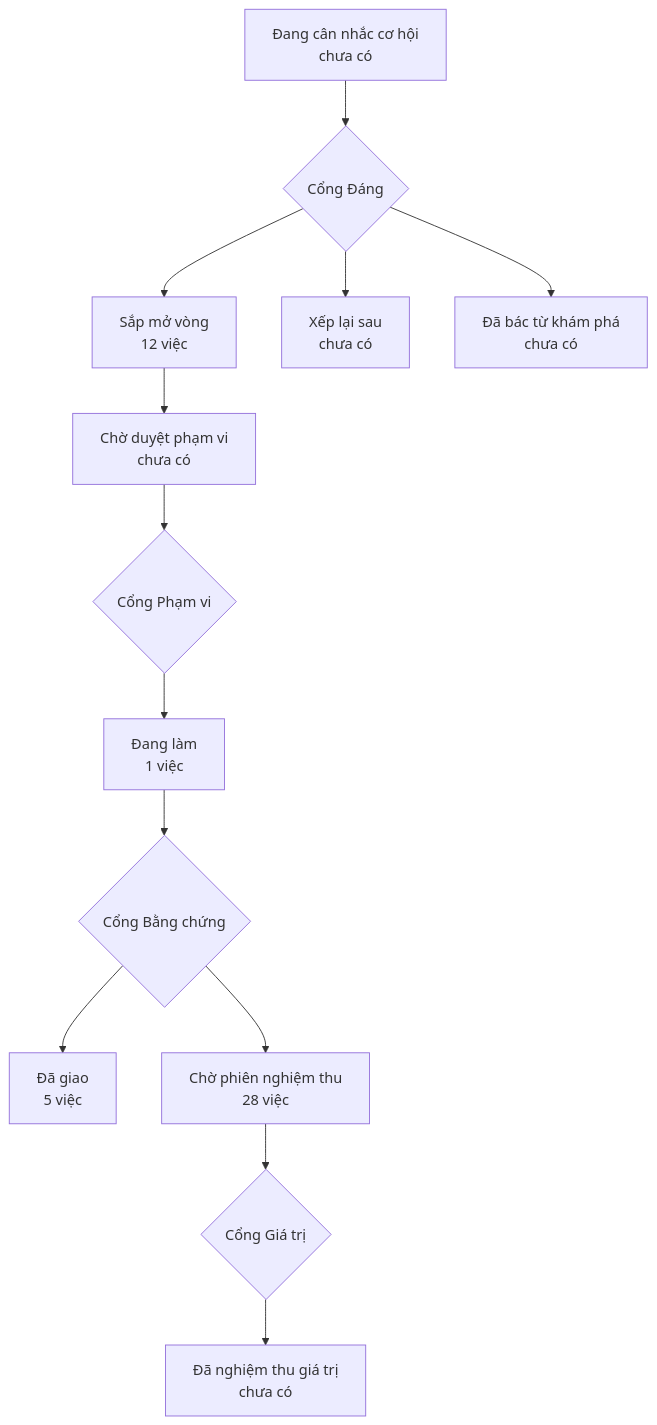
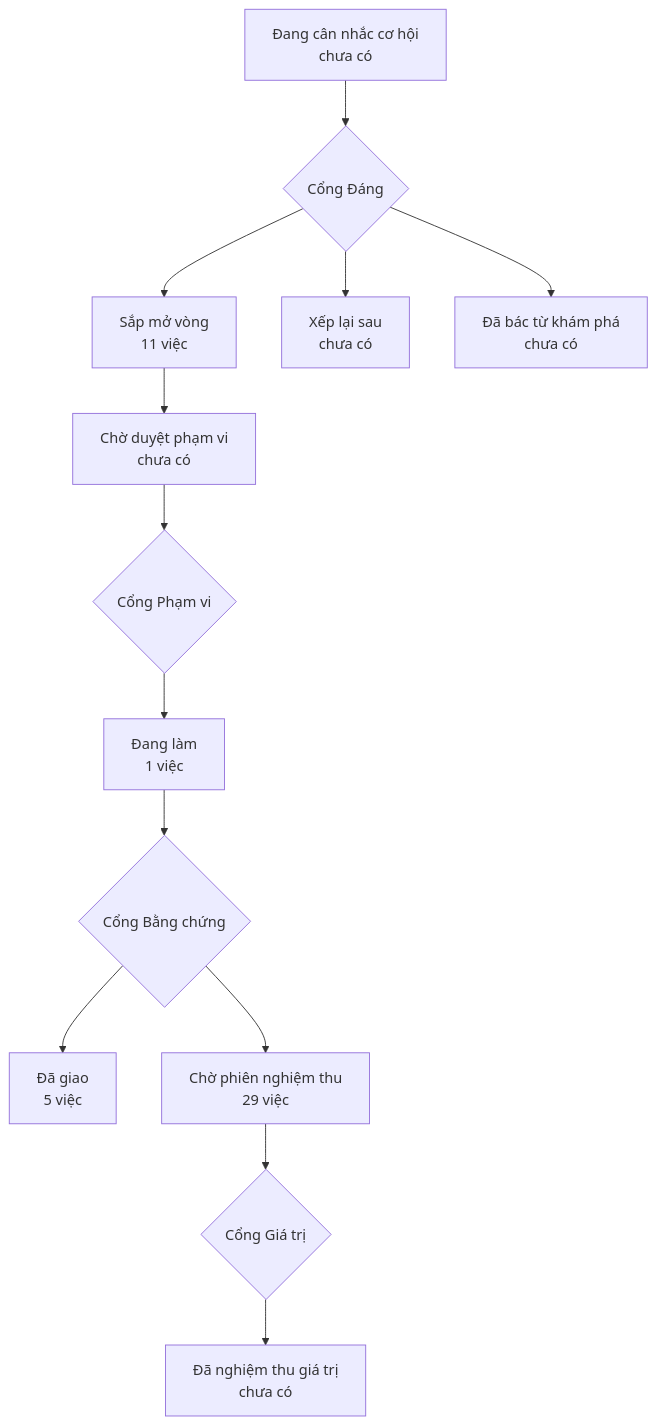
The diagram in PRODUCT-MAP.md (phanlemanh/onehub-quy-hang), drawn with Mermaid before and after one commit. The commit also changed 1 other file, not shown here.

Commit message:
chore: vẽ lại bản đồ sau khi gộp main

````diff
--- a/PRODUCT-MAP.md
+++ b/PRODUCT-MAP.md
@@ -7,12 +7,12 @@
 ```mermaid
 flowchart TD
   A["Đang cân nhắc cơ hội<br/>chưa có"] --> GD{"Cổng Đáng"}
-  GD --> B["Sắp mở vòng<br/>12 việc"]
+  GD --> B["Sắp mở vòng<br/>11 việc"]
   GD --> XL["Xếp lại sau<br/>chưa có"]
   GD --> DB["Đã bác từ khám phá<br/>chưa có"]
   B --> CD["Chờ duyệt phạm vi<br/>chưa có"] --> GP{"Cổng Phạm vi"}
   GP --> DL["Đang làm<br/>1 việc"] --> GB{"Cổng Bằng chứng"}
   GB --> DG["Đã giao<br/>5 việc"]
-  GB --> CN["Chờ phiên nghiệm thu<br/>28 việc"] --> GG{"Cổng Giá trị"}
+  GB --> CN["Chờ phiên nghiệm thu<br/>29 việc"] --> GG{"Cổng Giá trị"}
   GG --> NT["Đã nghiệm thu giá trị<br/>chưa có"]
 ```
````
